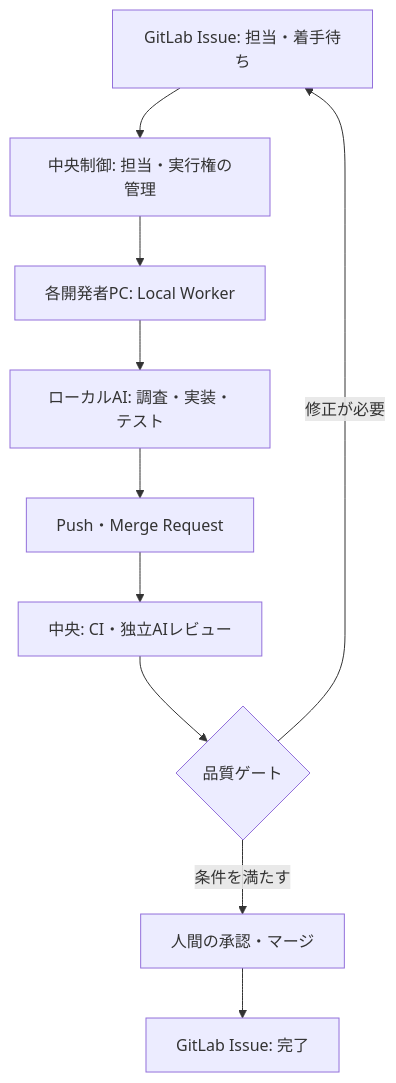
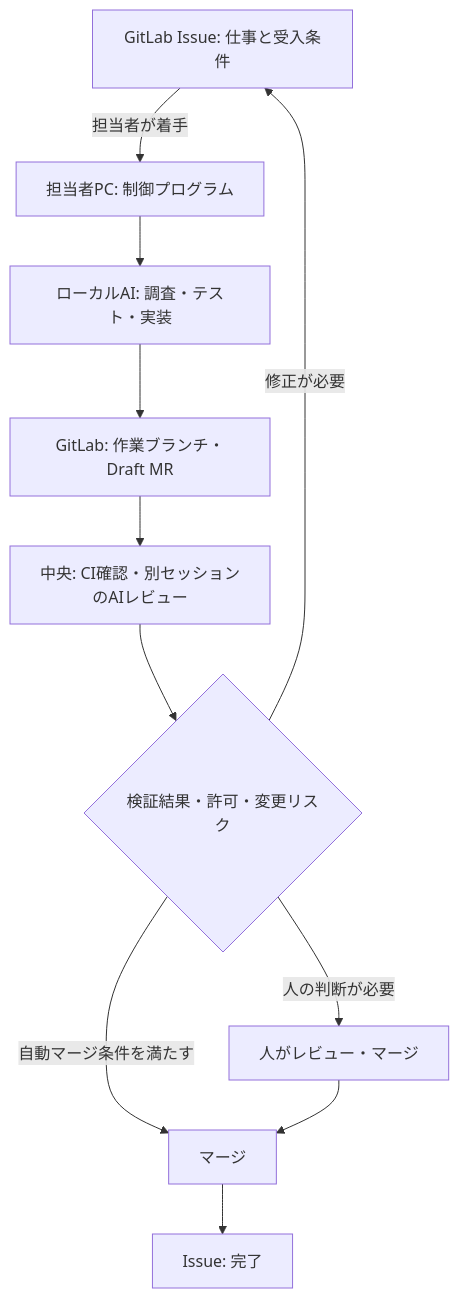
The diagram in articles/distributed-ai-development-platform.md (Umemura0212/zenn-content), drawn with Mermaid before and after one commit. The commit also changed other lines of this file, not shown here.

Commit message:
docs: ground distributed AI development in anonymized tested local workflow

````diff
--- a/articles/distributed-ai-development-platform.md
+++ b/articles/distributed-ai-development-platform.md
@@ -19,13 +15,14 @@
 ```mermaid
 flowchart TD
-    I[GitLab Issue: 担当・着手待ち]
-    I --> O[中央制御: 担当・実行権の管理]
-    O --> W[各開発者PC: Local Worker]
-    W --> A[ローカルAI: 調査・実装・テスト]
-    A --> M[Push・Merge Request]
-    M --> C[中央: CI・独立AIレビュー]
-    C --> Q{品質ゲート}
+    I[GitLab Issue: 仕事と受入条件]
+    I -->|担当者が着手| L[担当者PC: 制御プログラム]
+    L --> A[ローカルAI: 調査・テスト・実装]
+    A --> M[GitLab: 作業ブランチ・Draft MR]
+    M --> C[中央: CI確認・別セッションのAIレビュー]
+    C --> Q{検証結果・許可・変更リスク}
     Q -->|修正が必要| I
-    Q -->|条件を満たす| H[人間の承認・マージ]
-    H --> D[GitLab Issue: 完了]
+    Q -->|人の判断が必要| H[人がレビュー・マージ]
+    Q -->|自動マージ条件を満たす| D[マージ]
+    H --> D
+    D --> E[Issue: 完了]
 ```
````
